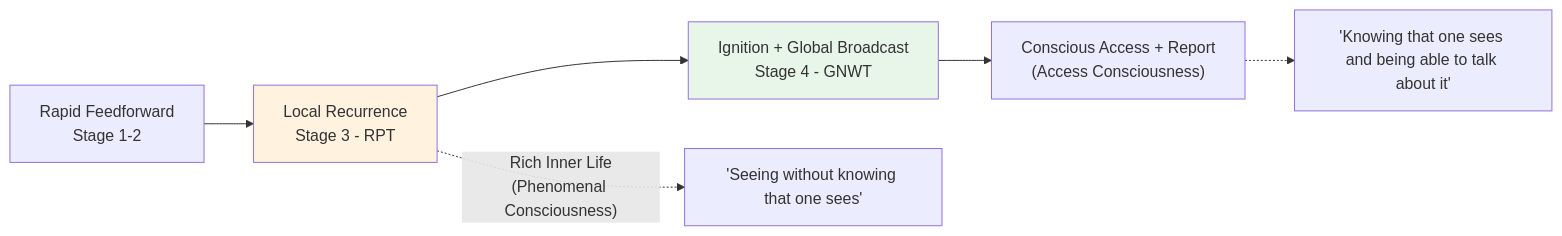
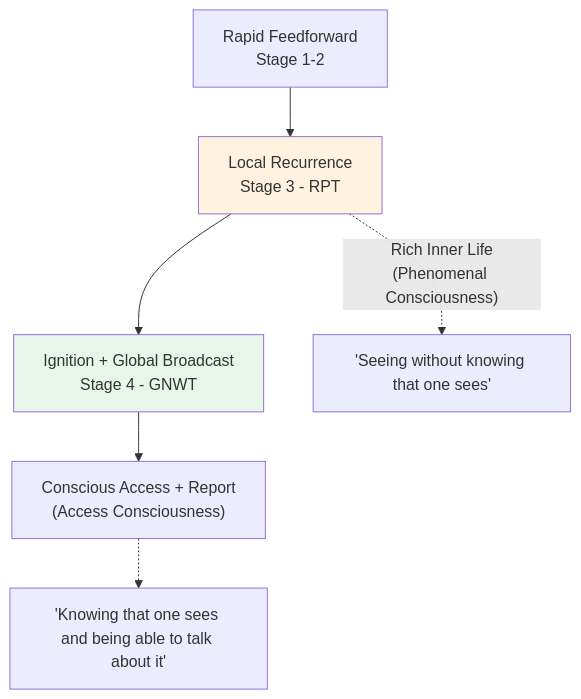
Before and after one commit to AlainCo/GNWT-Garrigue-X-en: the second of 7 diagrams in concepts/concepts.md, drawn with Mermaid. The commit also changed other lines of this file and 16 other files, not shown here.

````diff
--- a/concepts/concepts.md
+++ b/concepts/concepts.md
@@ -59,14 +58,14 @@
 ```mermaid
-flowchart LR
+flowchart TD
     A[Rapid Feedforward<br>Stage 1-2] --> B[Local Recurrence<br>Stage 3 - RPT]
     B --> C[Ignition + Global Broadcast<br>Stage 4 - GNWT]
 
     B -.->|"Rich Inner Life<br>(Phenomenal Consciousness)"| D["'Seeing without knowing that one sees'"]
     C --> E["Conscious Access + Report<br>(Access Consciousness)"]
     E -.-> F["'Knowing that one sees and being able to talk about it'"]
 
     classDef rpt fill:#fff3e0
     classDef gnwt fill:#e8f5e9
     class B rpt
     class C gnwt
 ```
````
